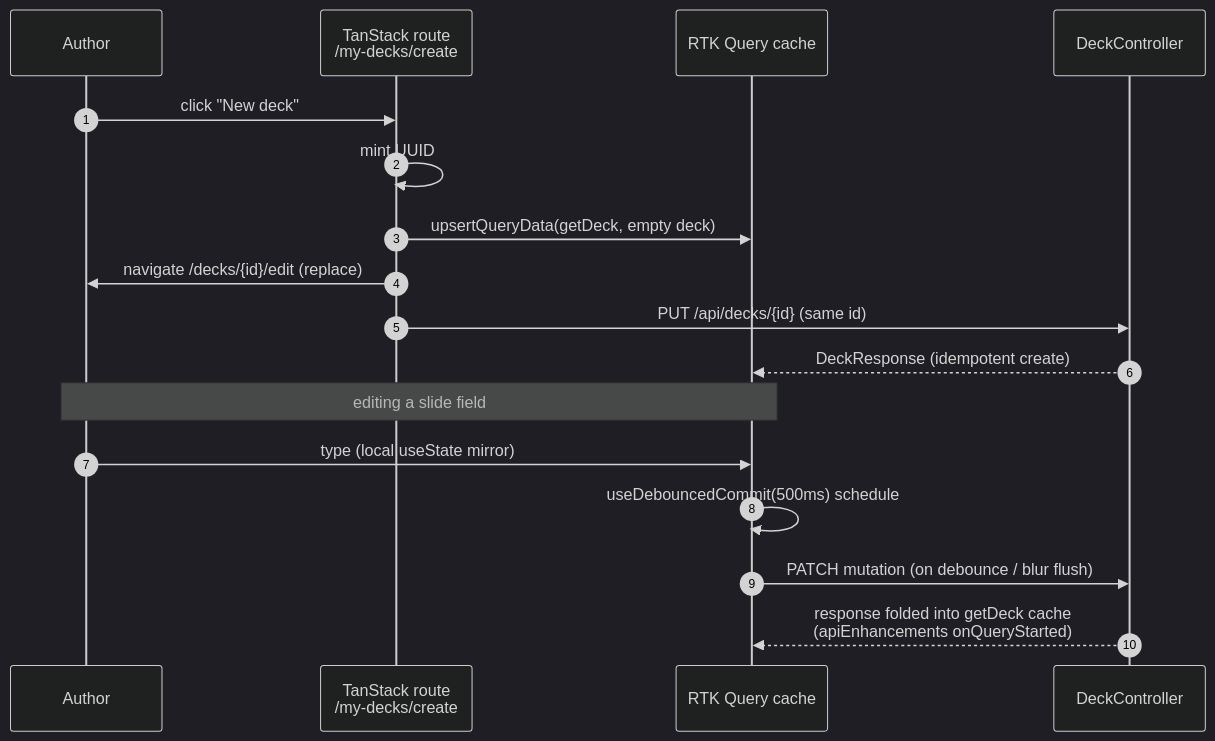
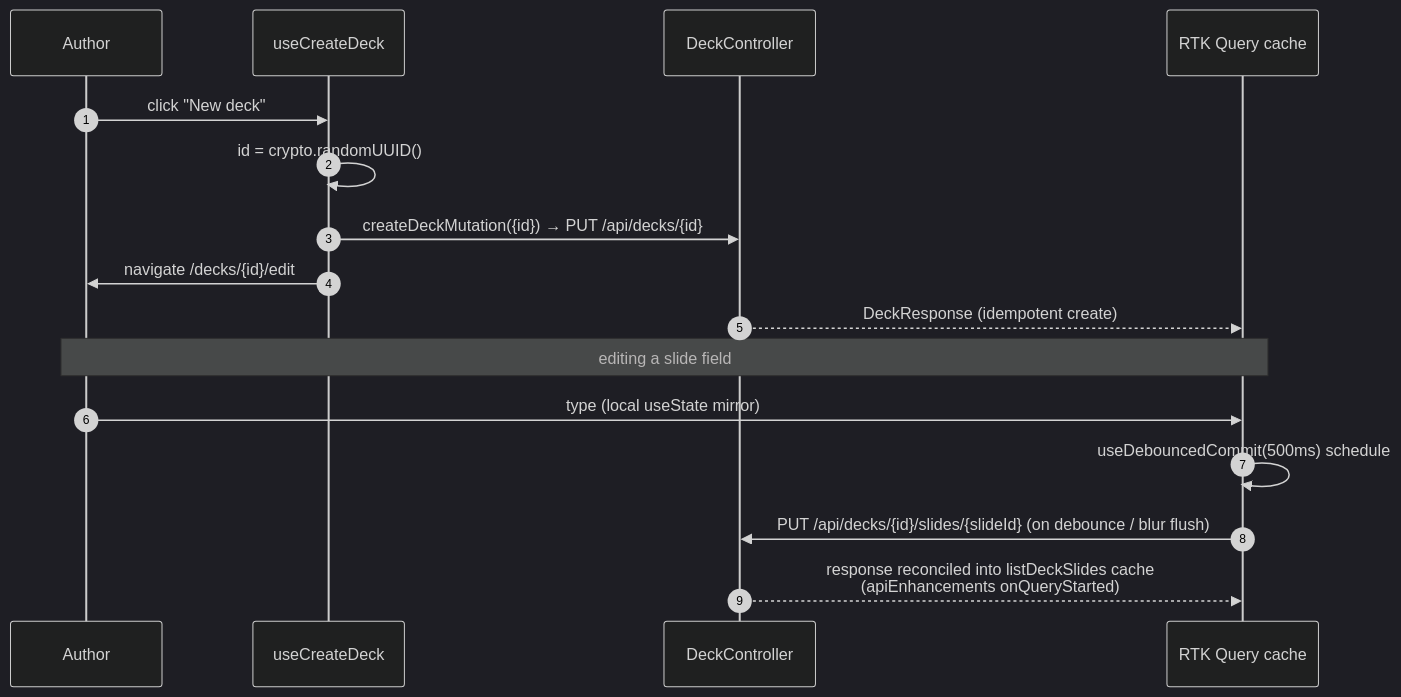
The third of 6 diagrams in z-docs/diagrams/deck-authoring.md (Saganaut/ambi), drawn with Mermaid (dark theme) before and after one commit. The commit also changed other lines of this file and 5 other files, not shown here.

Commit message:
docs(diagrams): correct auth, collaboration, deck-authoring, domain-model, frontend-architecture, index

````diff
--- a/z-docs/diagrams/deck-authoring.md
+++ b/z-docs/diagrams/deck-authoring.md
@@ -69,21 +71,20 @@
 ```mermaid
 sequenceDiagram
     autonumber
     participant U as Author
-    participant R as TanStack route<br/>/my-decks/create
+    participant H as useCreateDeck
+    participant API as DeckController
     participant Q as RTK Query cache
-    participant API as DeckController
 
-    U->>R: click "New deck"
-    R->>R: mint UUID
-    R->>Q: upsertQueryData(getDeck, empty deck)
-    R->>U: navigate /decks/{id}/edit (replace)
-    R->>API: PUT /api/decks/{id} (same id)
+    U->>H: click "New deck"
+    H->>H: id = crypto.randomUUID()
+    H->>API: createDeckMutation({id}) → PUT /api/decks/{id}
+    H->>U: navigate /decks/{id}/edit
     API-->>Q: DeckResponse (idempotent create)
 
     Note over U,Q: editing a slide field
     U->>Q: type (local useState mirror)
     Q->>Q: useDebouncedCommit(500ms) schedule
-    Q->>API: PATCH mutation (on debounce / blur flush)
-    API-->>Q: response folded into getDeck cache<br/>(apiEnhancements onQueryStarted)
+    Q->>API: PUT /api/decks/{id}/slides/{slideId} (on debounce / blur flush)
+    API-->>Q: response reconciled into listDeckSlides cache<br/>(apiEnhancements onQueryStarted)
 ```
````
